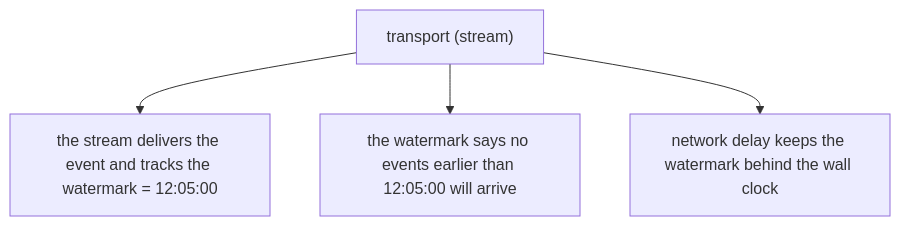
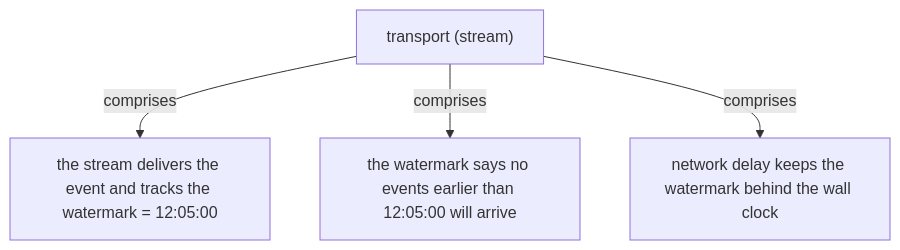
One commit to vinayakuber/streaming-systems-study-guide changed the fifth of 19 diagrams in docs/ch02-the-what-where-when-and-how-of-data-processing.md. Above: the diagram before and after it, drawn with Mermaid. The commit also changed other lines of this file and 22 other files, not shown here.

First line of the commit message:
R18: label every diagram arrow with its meaning

````diff
--- a/docs/ch02-the-what-where-when-and-how-of-data-processing.md
+++ b/docs/ch02-the-what-where-when-and-how-of-data-processing.md
@@ -147,7 +147,7 @@
 ```mermaid
 flowchart TD
   R["transport (stream)"]
-  R --> P0["the stream delivers the event and tracks the watermark = 12:05:00"]
-  R --> P1["the watermark says no events earlier than 12:05:00 will arrive"]
-  R --> P2["network delay keeps the watermark behind the wall clock"]
+  R -->|"comprises"| P0["the stream delivers the event and tracks the watermark = 12:05:00"]
+  R -->|"comprises"| P1["the watermark says no events earlier than 12:05:00 will arrive"]
+  R -->|"comprises"| P2["network delay keeps the watermark behind the wall clock"]
 ```
````
